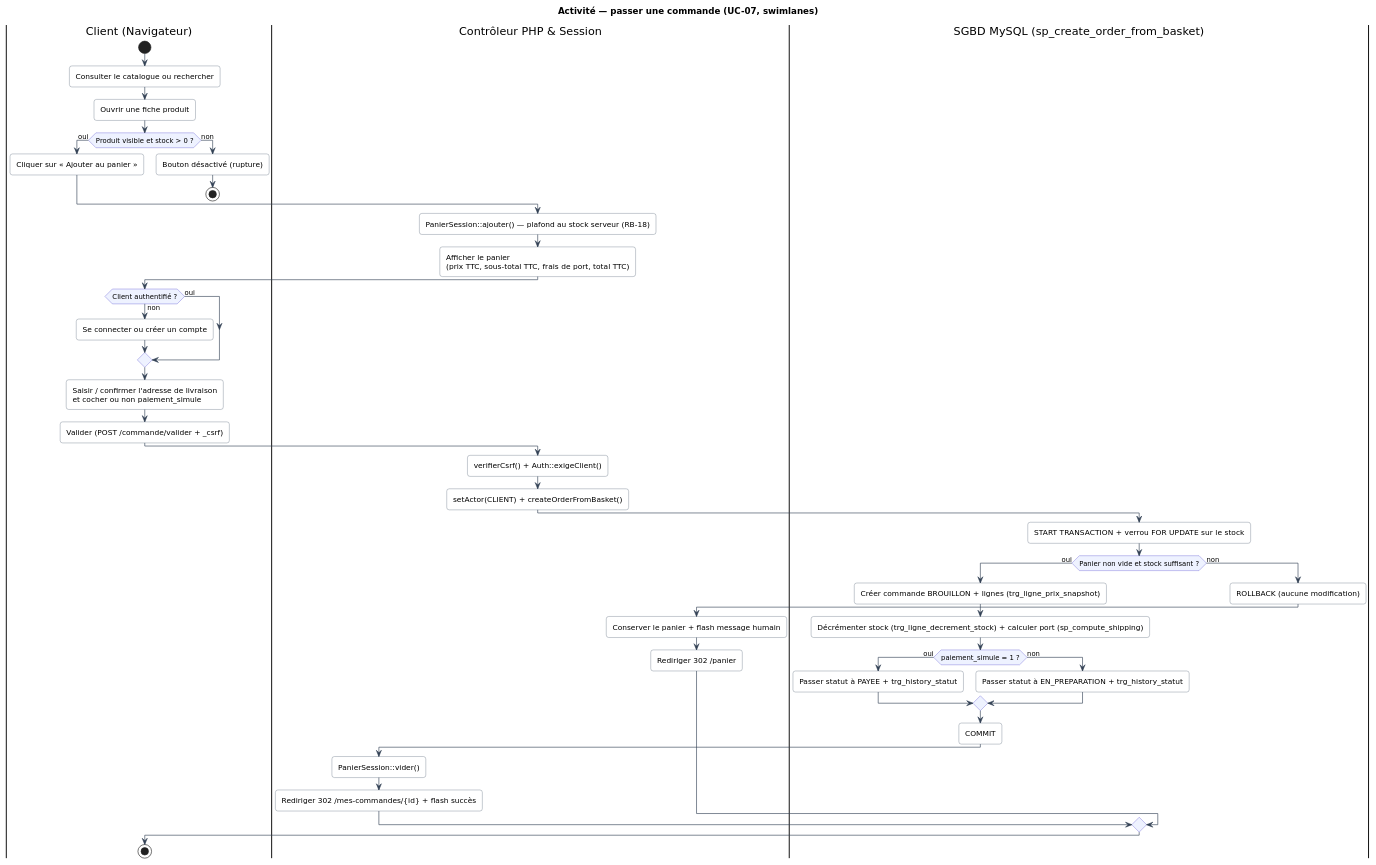
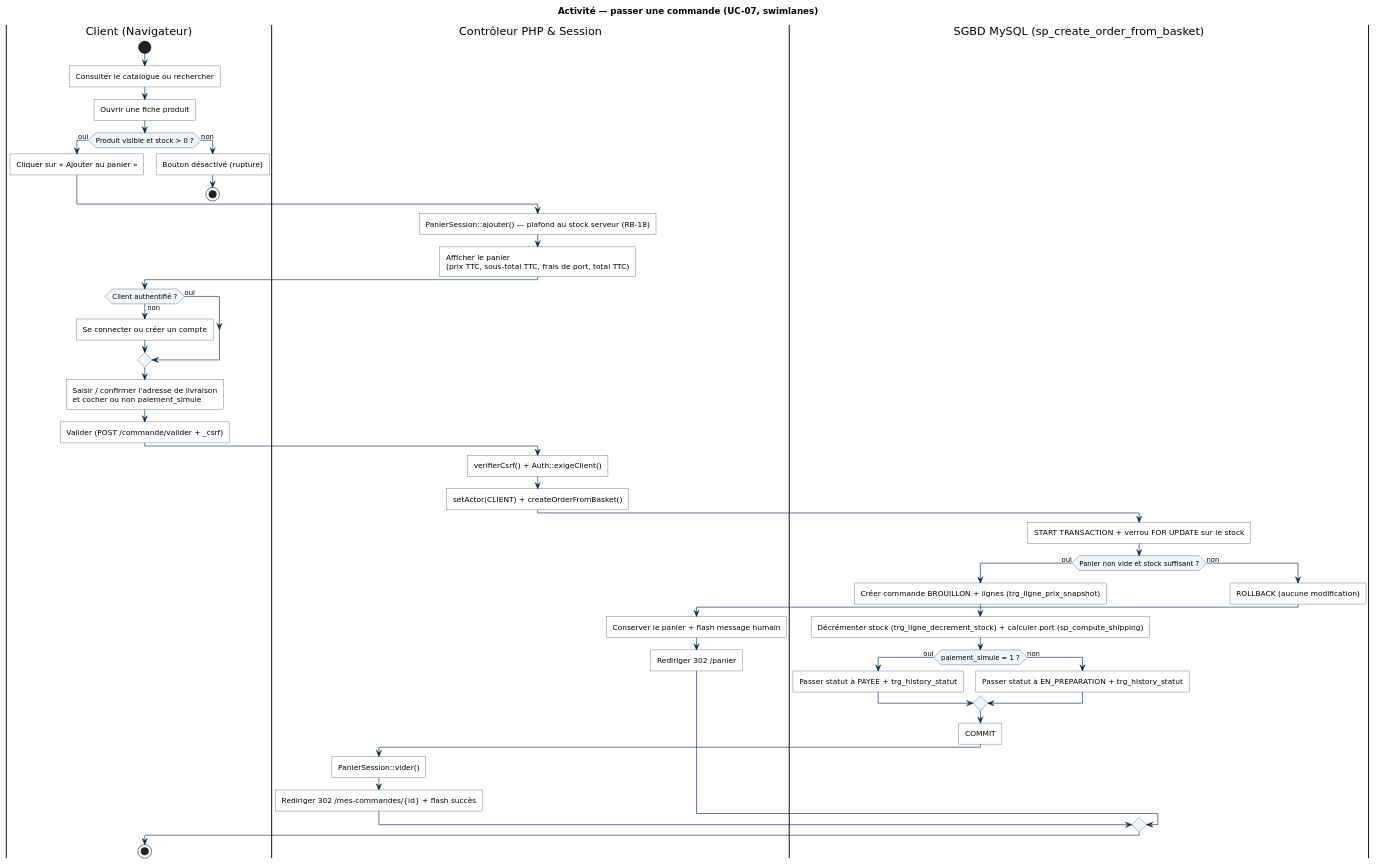
Before and after one commit to jojo8356/SAE-302: the diagram in docs/diagrams/src/activite_passer_commande.puml, drawn with PlantUML. The commit also changed 148 other files, not shown here.

Commit message:
docs: align UML diagrams, markdown docs & regenerate academic deliverables

```diff
--- a/docs/diagrams/src/activite_passer_commande.puml
+++ b/docs/diagrams/src/activite_passer_commande.puml
@@ -1,66 +1,66 @@
 @startuml activite_passer_commande
 title Activité — passer une commande (UC-07, swimlanes)
 
 skinparam shadowing false
-skinparam roundcorner 8
+skinparam roundcorner 0
 skinparam defaultFontName "DejaVu Sans"
-skinparam ArrowColor #334155
+skinparam ArrowColor #0F294A
 skinparam ActivityBackgroundColor #FFFFFF
-skinparam ActivityBorderColor #475569
-skinparam ActivityDiamondBackgroundColor #EEF2FF
-skinparam ActivityDiamondBorderColor #4338CA
+skinparam ActivityBorderColor #1E3A5F
+skinparam ActivityDiamondBackgroundColor #F1F5F9
+skinparam ActivityDiamondBorderColor #0F294A
 skinparam PartitionBackgroundColor #F8FAFC
-skinparam PartitionBorderColor #64748B
+skinparam PartitionBorderColor #334155
 
 |Client (Navigateur)|
 start
 :Consulter le catalogue ou rechercher;
 :Ouvrir une fiche produit;
 if (Produit visible et stock > 0 ?) then (oui)
   :Cliquer sur « Ajouter au panier »;
 else (non)
   :Bouton désactivé (rupture);
   stop
 endif
 
 |Contrôleur PHP & Session|
 :PanierSession::ajouter() — plafond au stock serveur (RB-18);
 :Afficher le panier\n(prix TTC, sous-total TTC, frais de port, total TTC);
 
 |Client (Navigateur)|
 if (Client authentifié ?) then (non)
   :Se connecter ou créer un compte;
 else (oui)
 endif
 :Saisir / confirmer l'adresse de livraison\net cocher ou non paiement_simule;
 :Valider (POST /commande/valider + _csrf);
 
 |Contrôleur PHP & Session|
 :verifierCsrf() + Auth::exigeClient();
 :setActor(CLIENT) + createOrderFromBasket();
 
 |SGBD MySQL (sp_create_order_from_basket)|
 :START TRANSACTION + verrou FOR UPDATE sur le stock;
 if (Panier non vide et stock suffisant ?) then (oui)
   :Créer commande BROUILLON + lignes (trg_ligne_prix_snapshot);
   :Décrémenter stock (trg_ligne_decrement_stock) + calculer port (sp_compute_shipping);
   if (paiement_simule = 1 ?) then (oui)
     :Passer statut à PAYEE + trg_history_statut;
   else (non)
     :Passer statut à EN_PREPARATION + trg_history_statut;
   endif
   :COMMIT;
   |Contrôleur PHP & Session|
   :PanierSession::vider();
   :Rediriger 302 /mes-commandes/{id} + flash succès;
 else (non)
   |SGBD MySQL (sp_create_order_from_basket)|
   :ROLLBACK (aucune modification);
   |Contrôleur PHP & Session|
   :Conserver le panier + flash message humain;
   :Rediriger 302 /panier;
 endif
 
 |Client (Navigateur)|
 stop
 @enduml
```
